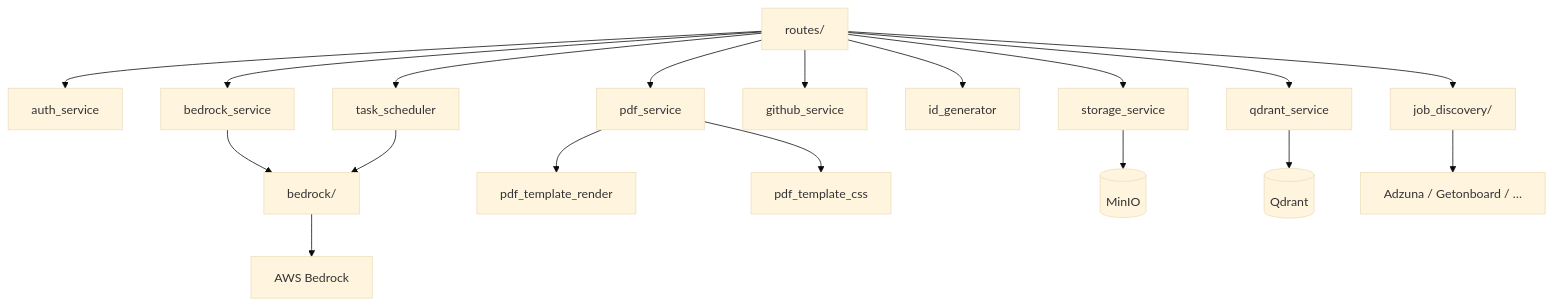
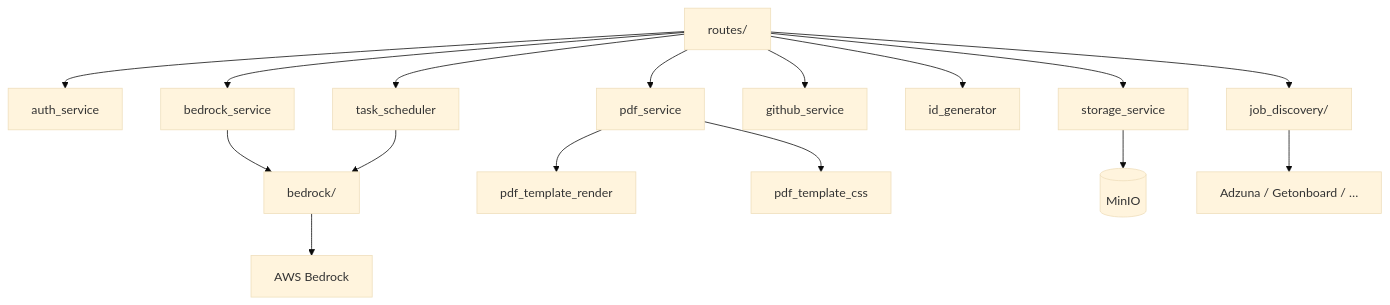
The diagram in cjhirashi-career-api/src/services/README.md (cjhirashi/cjhirashi-career), drawn with Mermaid (base theme) before and after one commit. The commit also changed other lines of this file and 81 other files, not shown here.

````diff
--- a/cjhirashi-career-api/src/services/README.md
+++ b/cjhirashi-career-api/src/services/README.md
@@ -7,20 +7,18 @@
 ```mermaid
 flowchart TB
     Routes[routes/] --> AuthS[auth_service]
     Routes --> BedrockS[bedrock_service]
     Routes --> Storage[storage_service]
     Routes --> PDF[pdf_service]
     Routes --> GH[github_service]
     Routes --> IDs[id_generator]
-    Routes --> Qdrant[qdrant_service]
     BedrockS --> Harness[bedrock/]
     Routes --> JD[job_discovery/]
     Routes --> TaskSched[task_scheduler]
     TaskSched --> Harness
     PDF --> Render[pdf_template_render]
     PDF --> CSS[pdf_template_css]
     Harness --> AWS[AWS Bedrock]
     Storage --> MinIO[(MinIO)]
-    Qdrant --> Q[(Qdrant)]
     JD --> Boards[Adzuna / Getonboard / …]
 ```
````
